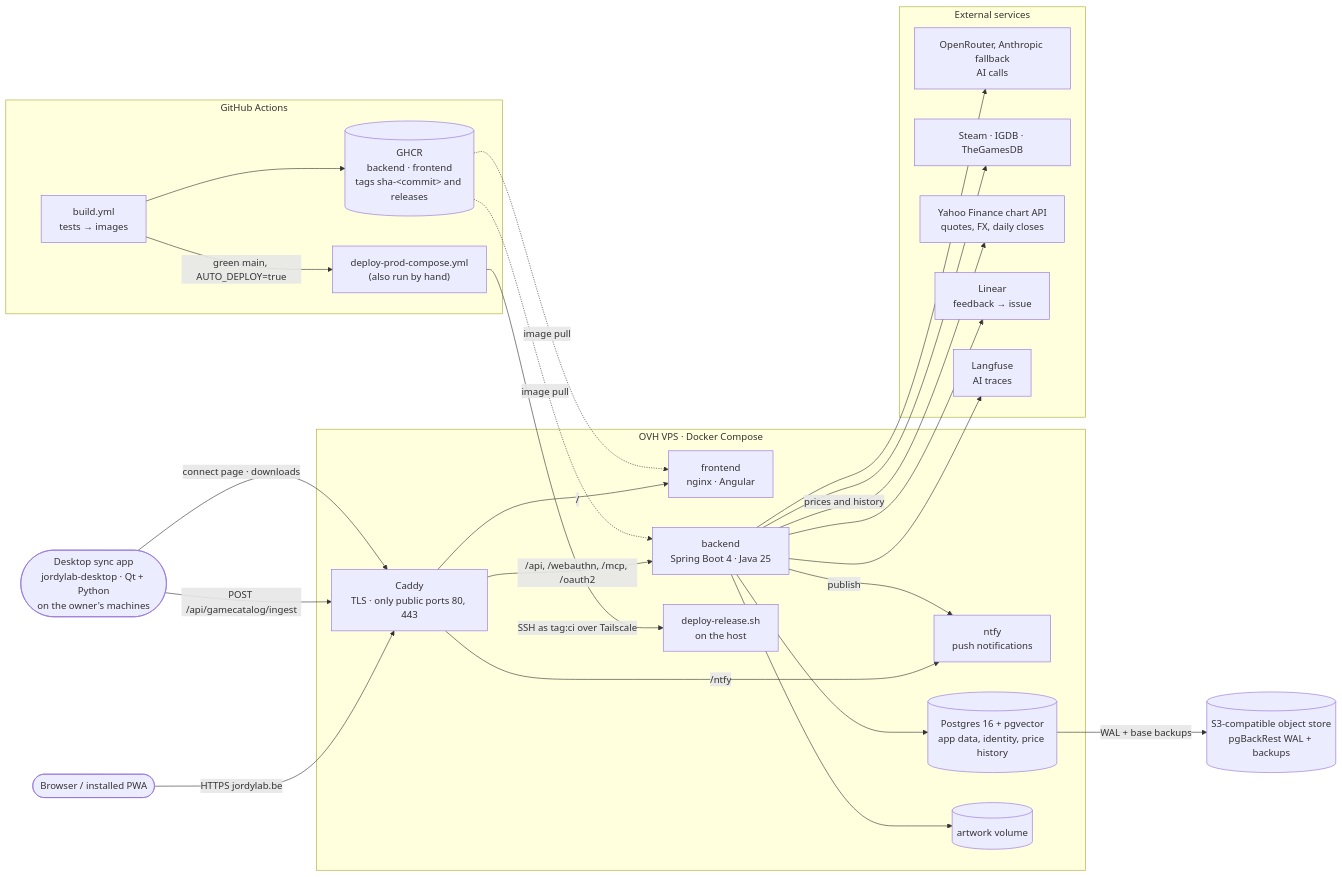
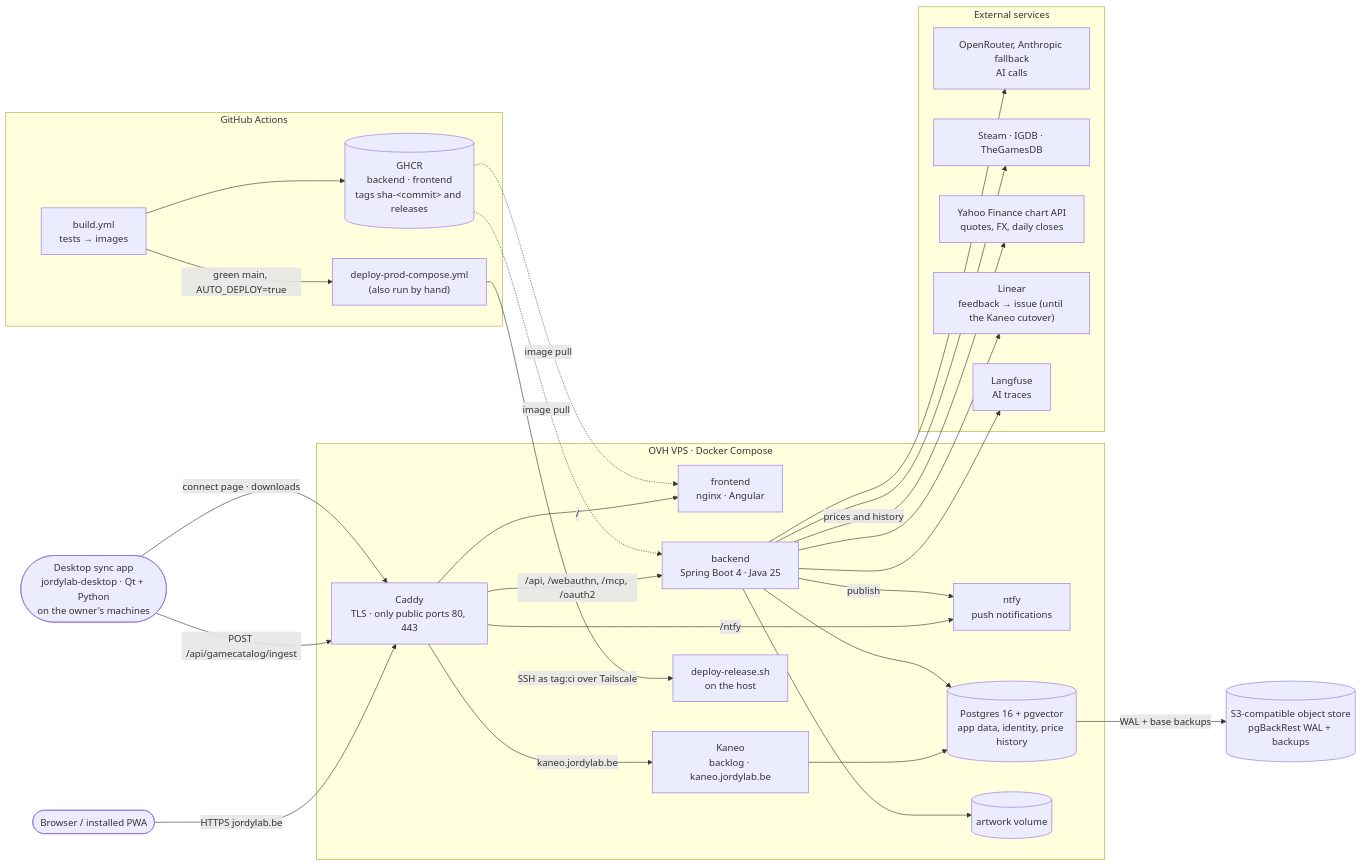
The diagram in README.md (jordy-swinnen/JordyLab), drawn with Mermaid before and after one commit. The commit also changed 2 other files, not shown here.

Commit message:
JOR-85: drawing Kaneo in the architecture and updating the status
The architecture drawing now shows the Kaneo service behind Caddy with its database in the same Postgres, and labels
Linear as the pre-cutover idea-box path. docs/status.md says Kaneo is built, deployed and holding the imported backlog
with the GitHub App connected; the ticket-flow table no longer qualifies the In Review move as future work.

Refs: 022/T086

````diff
--- a/README.md
+++ b/README.md
@@ -24,49 +24,52 @@
 ```mermaid
 flowchart LR
     user(["Browser / installed PWA"])
     desktop(["Desktop sync app<br/>jordylab-desktop · Qt + Python<br/>on the owner's machines"])
 
     subgraph gh["GitHub Actions"]
         build["build.yml<br/>tests → images"] --> ghcr[("GHCR<br/>backend · frontend<br/>tags sha-&lt;commit&gt; and releases")]
         build -- "green main, AUTO_DEPLOY=true" --> deploy["deploy-prod-compose.yml<br/>(also run by hand)"]
     end
 
     subgraph vps["OVH VPS · Docker Compose"]
         caddy["Caddy<br/>TLS · only public ports 80, 443"]
         fe["frontend<br/>nginx · Angular"]
         be["backend<br/>Spring Boot 4 · Java 25"]
+        kaneo["Kaneo<br/>backlog · kaneo.jordylab.be"]
         ntfy["ntfy<br/>push notifications"]
         pg[("Postgres 16 + pgvector<br/>app data, identity, price history")]
         art[("artwork volume")]
         host["deploy-release.sh<br/>on the host"]
     end
 
     s3[("S3-compatible object store<br/>pgBackRest WAL + backups")]
 
     subgraph ext["External services"]
         ai["OpenRouter, Anthropic fallback<br/>AI calls"]
         games["Steam · IGDB · TheGamesDB"]
         yahoo["Yahoo Finance chart API<br/>quotes, FX, daily closes"]
-        linear["Linear<br/>feedback → issue"]
+        linear["Linear<br/>feedback → issue (until the Kaneo cutover)"]
         lf["Langfuse<br/>AI traces"]
     end
 
     user -- "HTTPS jordylab.be" --> caddy
     desktop -- "POST /api/gamecatalog/ingest" --> caddy
     desktop -- "connect page · downloads" --> caddy
     caddy -- "/" --> fe
     caddy -- "/api, /webauthn, /mcp, /oauth2" --> be
     caddy -- "/ntfy" --> ntfy
+    caddy -- "kaneo.jordylab.be" --> kaneo
+    kaneo --> pg
     be --> pg
     be --> art
     be -- "publish" --> ntfy
     be --> ai
     be --> games
     be -- "prices and history" --> yahoo
     be --> linear
     be --> lf
     pg -- "WAL + base backups" --> s3
     deploy -- "SSH as tag:ci over Tailscale" --> host
     ghcr -. "image pull" .-> fe
     ghcr -. "image pull" .-> be
 ```
````
